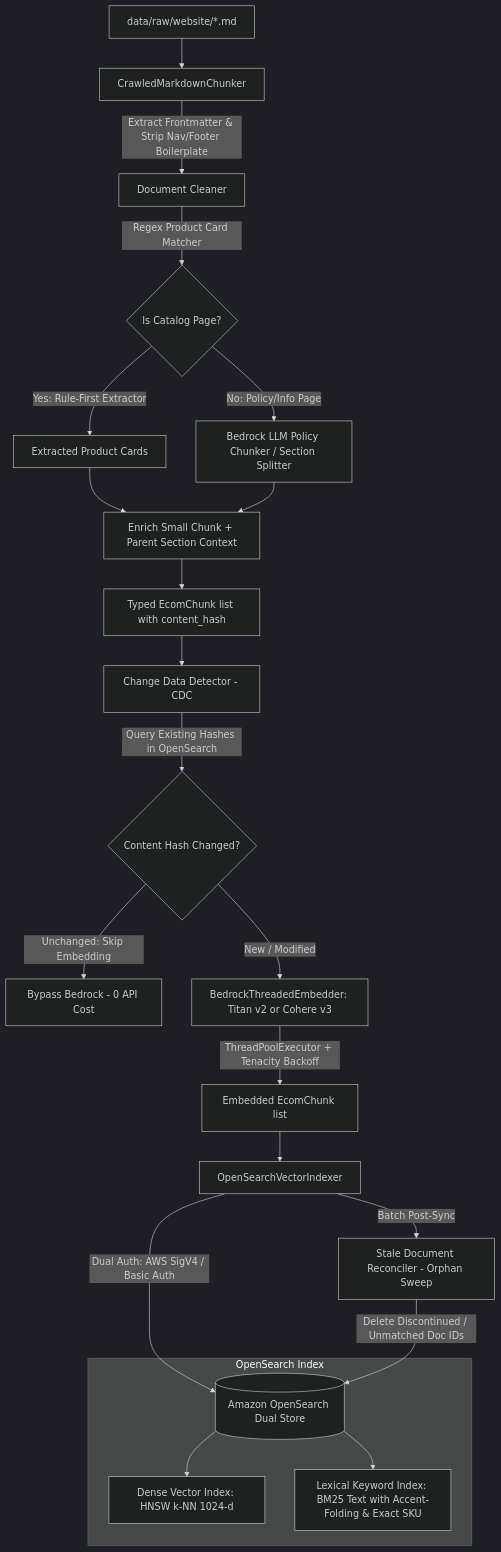
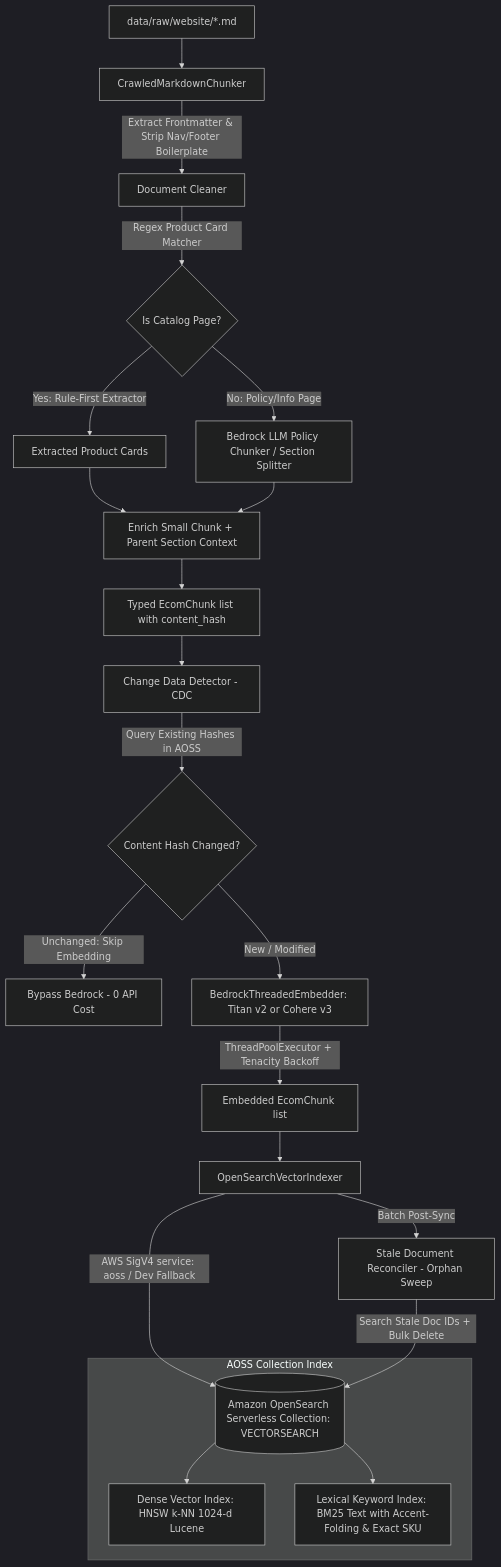
The diagram in specs/02-ingestion-indexing-pipeline-spec.md (logacc99/sales-assistant), drawn with Mermaid (dark theme) before and after one commit. The commit also changed other lines of this file and 49 other files, not shown here.

````diff
--- a/specs/02-ingestion-indexing-pipeline-spec.md
+++ b/specs/02-ingestion-indexing-pipeline-spec.md
@@ -121,24 +122,24 @@
 ```mermaid
 graph TD
     A[data/raw/website/*.md] --> B[CrawledMarkdownChunker]
     B -->|Extract Frontmatter & Strip Nav/Footer Boilerplate| C[Document Cleaner]
     C -->|Regex Product Card Matcher| D{Is Catalog Page?}
     D -->|Yes: Rule-First Extractor| E[Extracted Product Cards]
     D -->|No: Policy/Info Page| F[Bedrock LLM Policy Chunker / Section Splitter]
     E --> G[Format Enriched Semantic Content]
     F --> G[Enrich Small Chunk + Parent Section Context]
     G --> H[Typed EcomChunk list with content_hash]
     H --> I[Change Data Detector - CDC]
-    I -->|Query Existing Hashes in OpenSearch| J{Content Hash Changed?}
+    I -->|Query Existing Hashes in AOSS| J{Content Hash Changed?}
     J -->|Unchanged: Skip Embedding| K[Bypass Bedrock - 0 API Cost]
     J -->|New / Modified| L[BedrockThreadedEmbedder: Titan v2 or Cohere v3]
     L -->|ThreadPoolExecutor + Tenacity Backoff| M[Embedded EcomChunk list]
     M --> N[OpenSearchVectorIndexer]
-    N -->|Dual Auth: AWS SigV4 / Basic Auth| O[(Amazon OpenSearch Dual Store)]
+    N -->|AWS SigV4 service: aoss / Dev Fallback| O[(Amazon OpenSearch Serverless Collection: VECTORSEARCH)]
     N -->|Batch Post-Sync| R[Stale Document Reconciler - Orphan Sweep]
-    R -->|Delete Discontinued / Unmatched Doc IDs| O
-    subgraph OpenSearch Index
-        O --> P[Dense Vector Index: HNSW k-NN 1024-d]
+    R -->|Search Stale Doc IDs + Bulk Delete| O
+    subgraph AOSS Collection Index
+        O --> P[Dense Vector Index: HNSW k-NN 1024-d Lucene]
         O --> Q[Lexical Keyword Index: BM25 Text with Accent-Folding & Exact SKU]
     end
 ```
````
